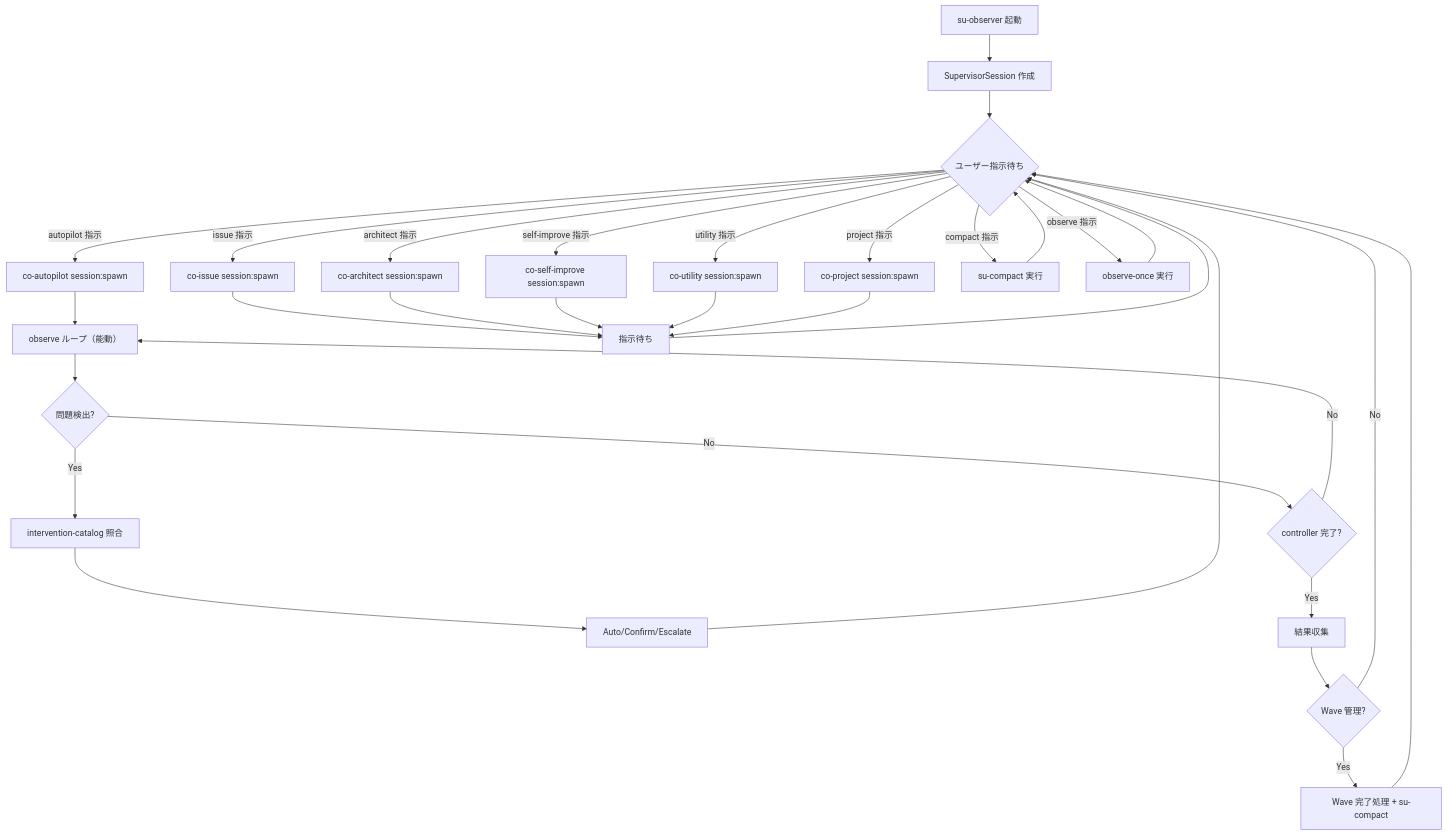
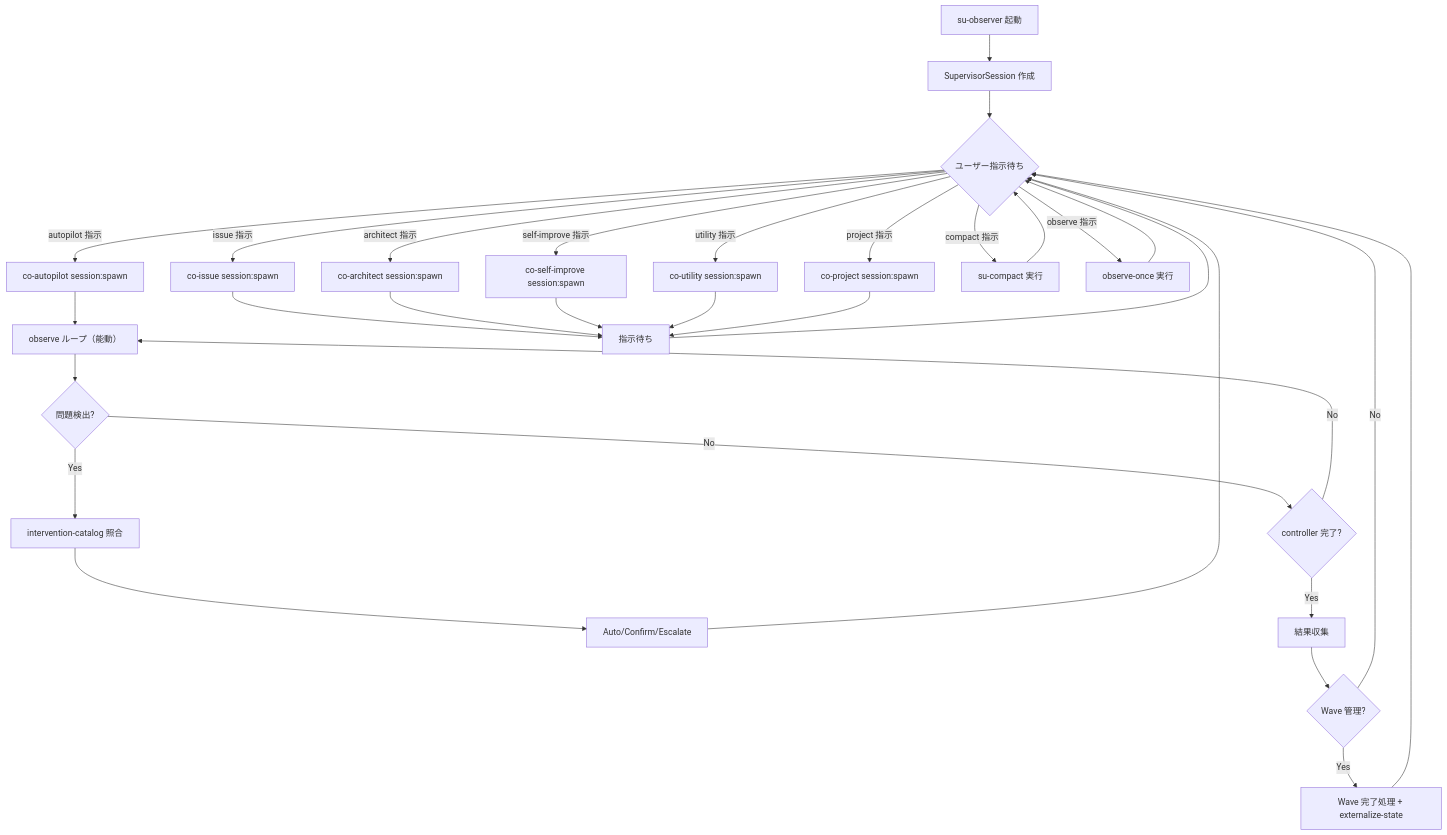
The first of 3 diagrams in plugins/twl/architecture/domain/contexts/supervision.md (shuu5/twill), drawn with Mermaid before and after one commit. The commit also changed other lines of this file and 2 other files, not shown here.

````diff
--- a/plugins/twl/architecture/domain/contexts/supervision.md
+++ b/plugins/twl/architecture/domain/contexts/supervision.md
@@ -104,33 +104,33 @@
 ```mermaid
 flowchart TD
     A[su-observer 起動] --> B[SupervisorSession 作成]
     B --> C{ユーザー指示待ち}
     C -->|autopilot 指示| D[co-autopilot session:spawn]
     C -->|issue 指示| E[co-issue session:spawn]
     C -->|architect 指示| F[co-architect session:spawn]
     C -->|self-improve 指示| SI[co-self-improve session:spawn]
     C -->|utility 指示| UT[co-utility session:spawn]
     C -->|project 指示| PR[co-project session:spawn]
     C -->|compact 指示| G[su-compact 実行]
     C -->|observe 指示| H[observe-once 実行]
     D --> I[observe ループ（能動）]
     E --> I2[指示待ち]
     F --> I2
     SI --> I2
     UT --> I2
     PR --> I2
     I --> J{問題検出?}
     J -->|Yes| K[intervention-catalog 照合]
     K --> L[Auto/Confirm/Escalate]
     L --> C
     J -->|No| M{controller 完了?}
     M -->|Yes| N[結果収集]
     N --> O{Wave 管理?}
-    O -->|Yes| P[Wave 完了処理 + su-compact]
+    O -->|Yes| P[Wave 完了処理 + externalize-state]
     P --> C
     O -->|No| C
     M -->|No| I
     I2 --> C
     G --> C
     H --> C
 ```
````
